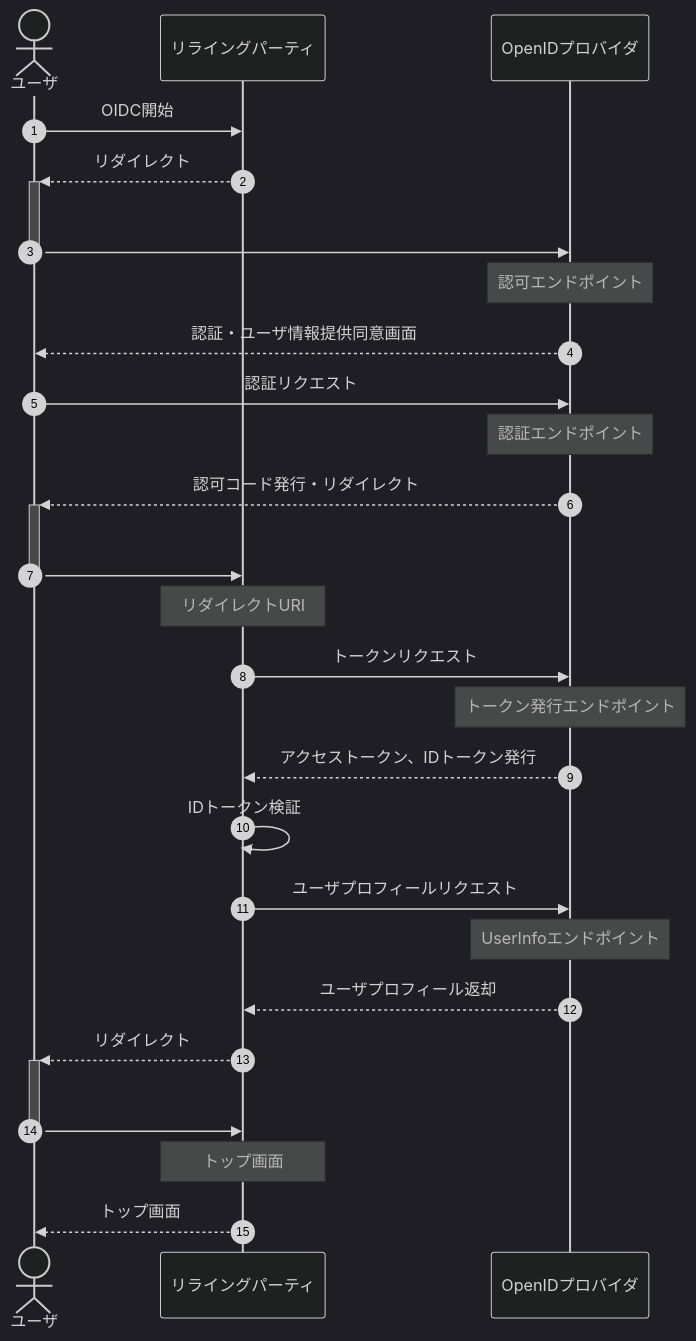
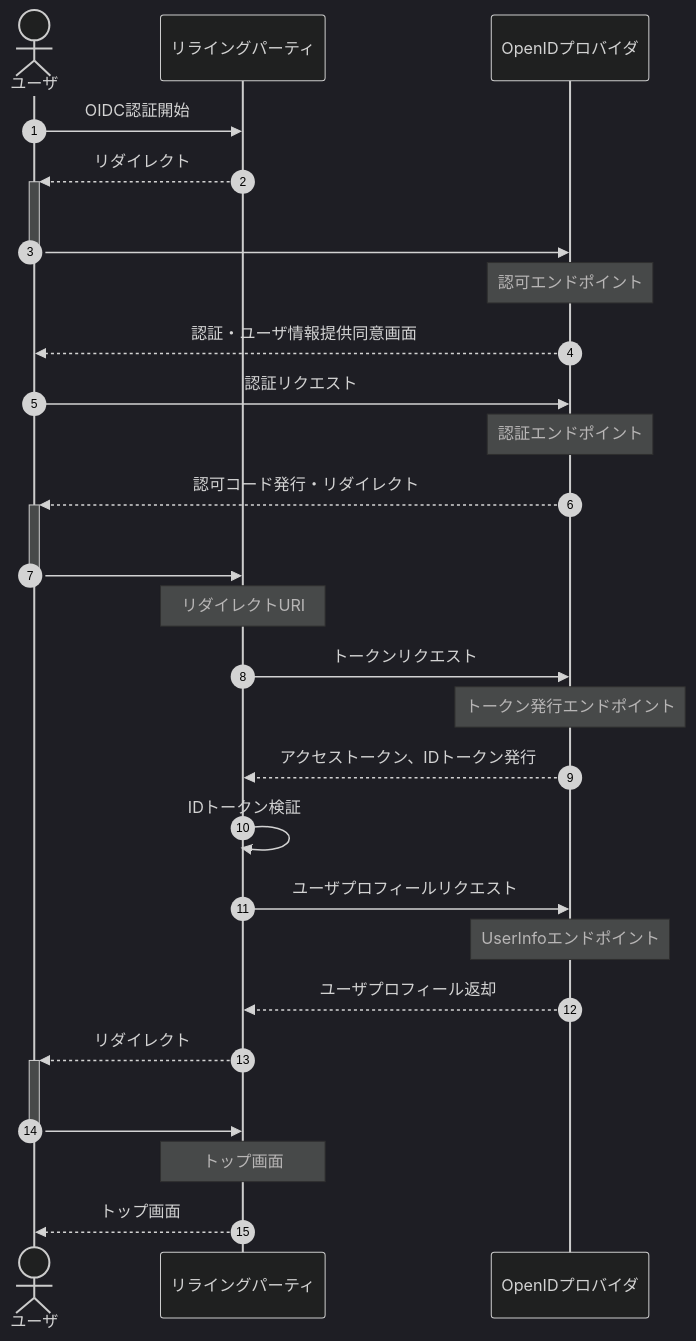
Before and after one commit to nob-islan/nob-openid-connect: the diagram in docs/Business-sequence.md, drawn with Mermaid. The commit also changed 8 other files, not shown here.

````diff
--- a/docs/Business-sequence.md
+++ b/docs/Business-sequence.md
@@ -3,30 +3,30 @@
 ```mermaid
 %%{init:{'theme':'dark'}}%%
 sequenceDiagram
 autonumber
     actor user as ユーザ
     participant relying_party as リライングパーティ
     participant oid_provider as OpenIDプロバイダ
 
-    user->>relying_party: OIDC開始
+    user->>relying_party: OIDC認証開始
     relying_party-->>+user: リダイレクト
     user->>-oid_provider: <br>
     Note over oid_provider: 認可エンドポイント
     oid_provider-->>user: 認証・ユーザ情報提供同意画面
     user->>oid_provider: 認証リクエスト
     Note over oid_provider: 認証エンドポイント
     oid_provider-->>+user: 認可コード発行・リダイレクト
     user->>-relying_party: <br>
     Note over relying_party: リダイレクトURI
     relying_party->>oid_provider: トークンリクエスト
     Note over oid_provider: トークン発行エンドポイント
     oid_provider-->>relying_party: アクセストークン、IDトークン発行
     relying_party->>relying_party: IDトークン検証
     relying_party->>oid_provider: ユーザプロフィールリクエスト
     Note over oid_provider: UserInfoエンドポイント
     oid_provider-->>relying_party: ユーザプロフィール返却
     relying_party-->>+user: リダイレクト
     user->>-relying_party: <br>
     Note over relying_party: トップ画面
     relying_party-->>user: トップ画面
 ```
````
